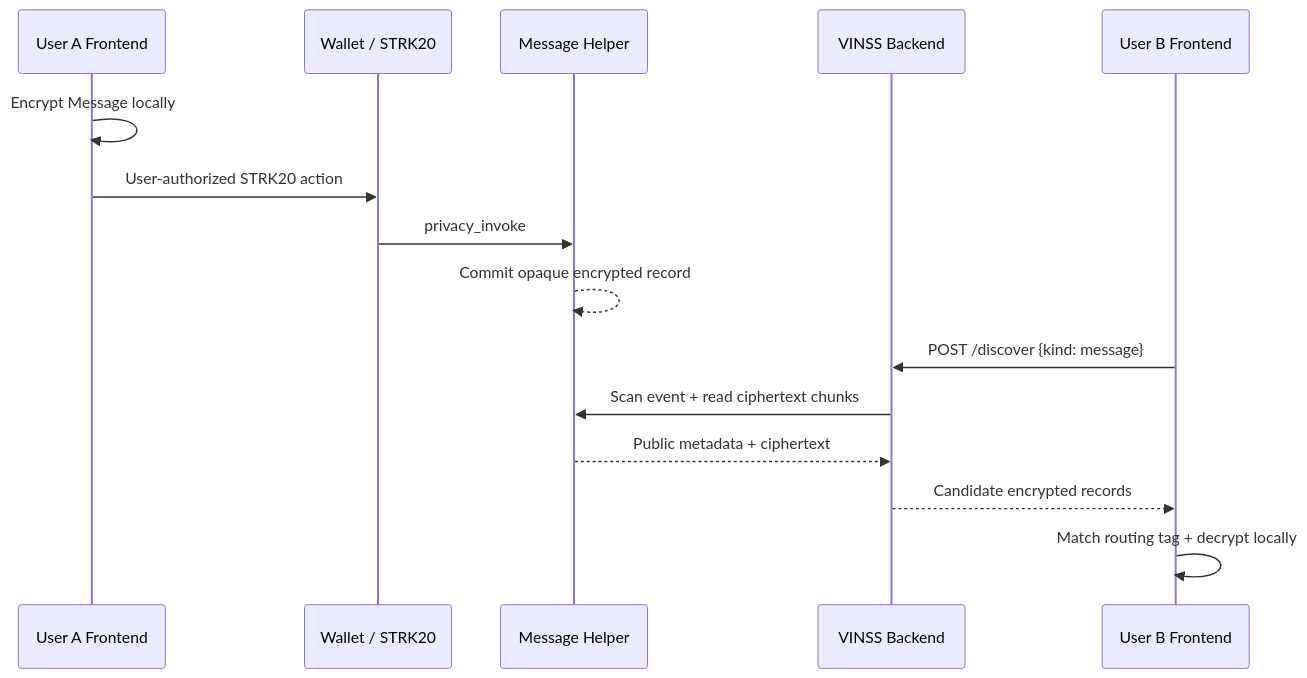
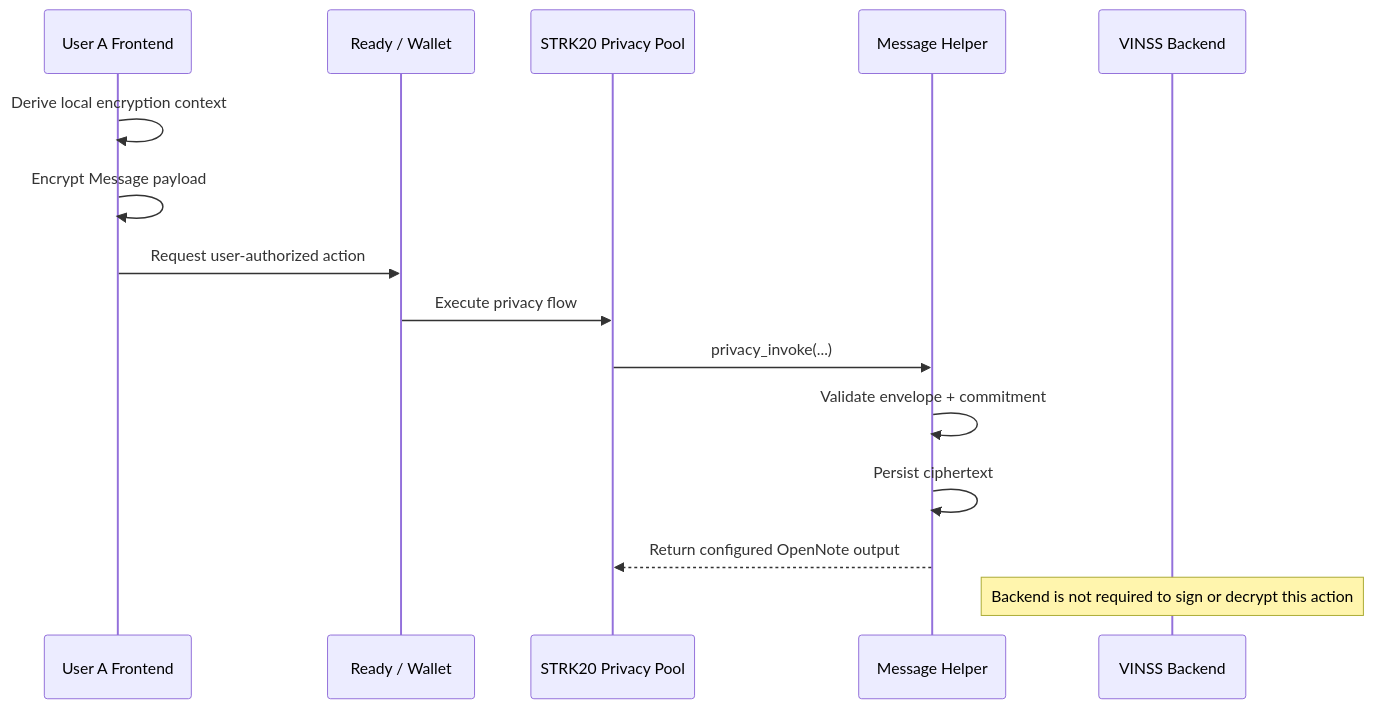
The third of 21 diagrams in docs/technical/backend/backend-interaction-flow.md (DXJLabs/vinss), drawn with Mermaid before and after one commit. The commit also changed other lines of this file and 15 other files, not shown here.

Commit message:
docs(backend): align technical documentation with current runtime architecture

````diff
--- a/docs/technical/backend/backend-interaction-flow.md
+++ b/docs/technical/backend/backend-interaction-flow.md
@@ -9,19 +239,19 @@
 ```mermaid
 sequenceDiagram
     participant A as User A Frontend
-    participant W as Wallet / STRK20
+    participant W as Ready / Wallet
+    participant P as STRK20 Privacy Pool
     participant H as Message Helper
     participant B as VINSS Backend
-    participant C as User B Frontend
 
-    A->>A: Encrypt Message locally
-    A->>W: User-authorized STRK20 action
-    W->>H: privacy_invoke
-    H-->>H: Commit opaque encrypted record
+    A->>A: Derive local encryption context
+    A->>A: Encrypt Message payload
+    A->>W: Request user-authorized action
+    W->>P: Execute privacy flow
+    P->>H: privacy_invoke(...)
+    H->>H: Validate envelope + commitment
+    H->>H: Persist ciphertext
+    H-->>P: Return configured OpenNote output
 
-    C->>B: POST /discover {kind: message}
-    B->>H: Scan event + read ciphertext chunks
-    H-->>B: Public metadata + ciphertext
-    B-->>C: Candidate encrypted records
-    C->>C: Match routing tag + decrypt locally
+    Note over B: Backend is not required to sign or decrypt this action
 ```
````
